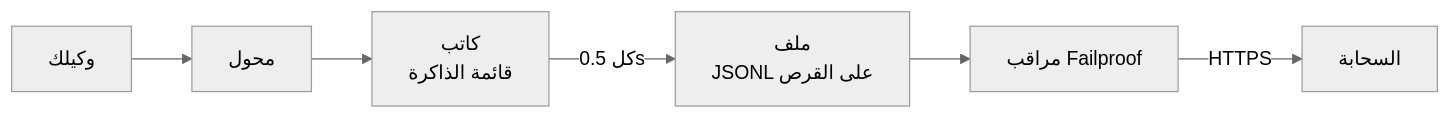
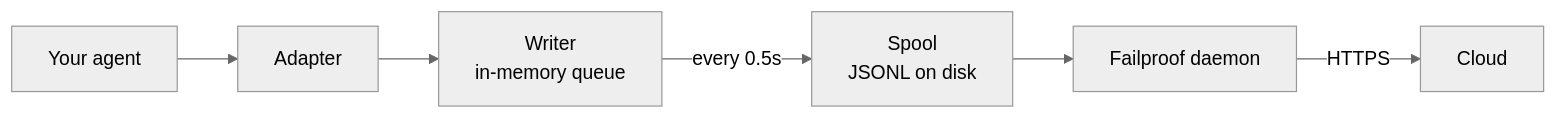
One commit to FailproofAI/failproofai changed the second of 2 diagrams in docs/ar/start/integrations/custom-agents.mdx. Above: the diagram before and after it, drawn with Mermaid (neutral theme). The commit also changed other lines of this file and 13 other files, not shown here.

````diff
--- a/docs/ar/start/integrations/custom-agents.mdx
+++ b/docs/ar/start/integrations/custom-agents.mdx
@@ -615,8 +616,8 @@
 ```mermaid
 flowchart LR
-    A["وكيلك"] --> B["محول"]
-    B --> C["كاتب<br/>قائمة الذاكرة"]
-    C -->|"كل 0.5s"| D["ملف<br/>JSONL على القرص"]
-    D --> E["مراقب Failproof"]
-    E -->|"HTTPS"| F["السحابة"]
+    A["Your agent"] --> B["Adapter"]
+    B --> C["Writer<br/>in-memory queue"]
+    C -->|"every 0.5s"| D["Spool<br/>JSONL on disk"]
+    D --> E["Failproof daemon"]
+    E -->|"HTTPS"| F["Cloud"]
 ```
````
